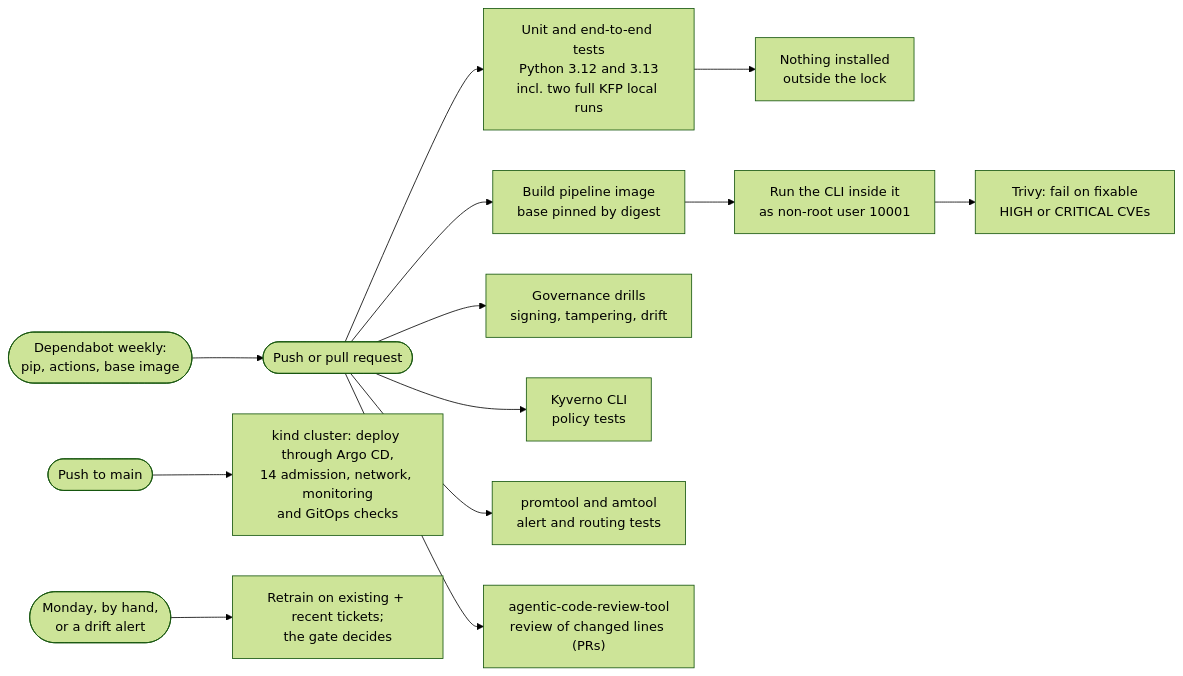
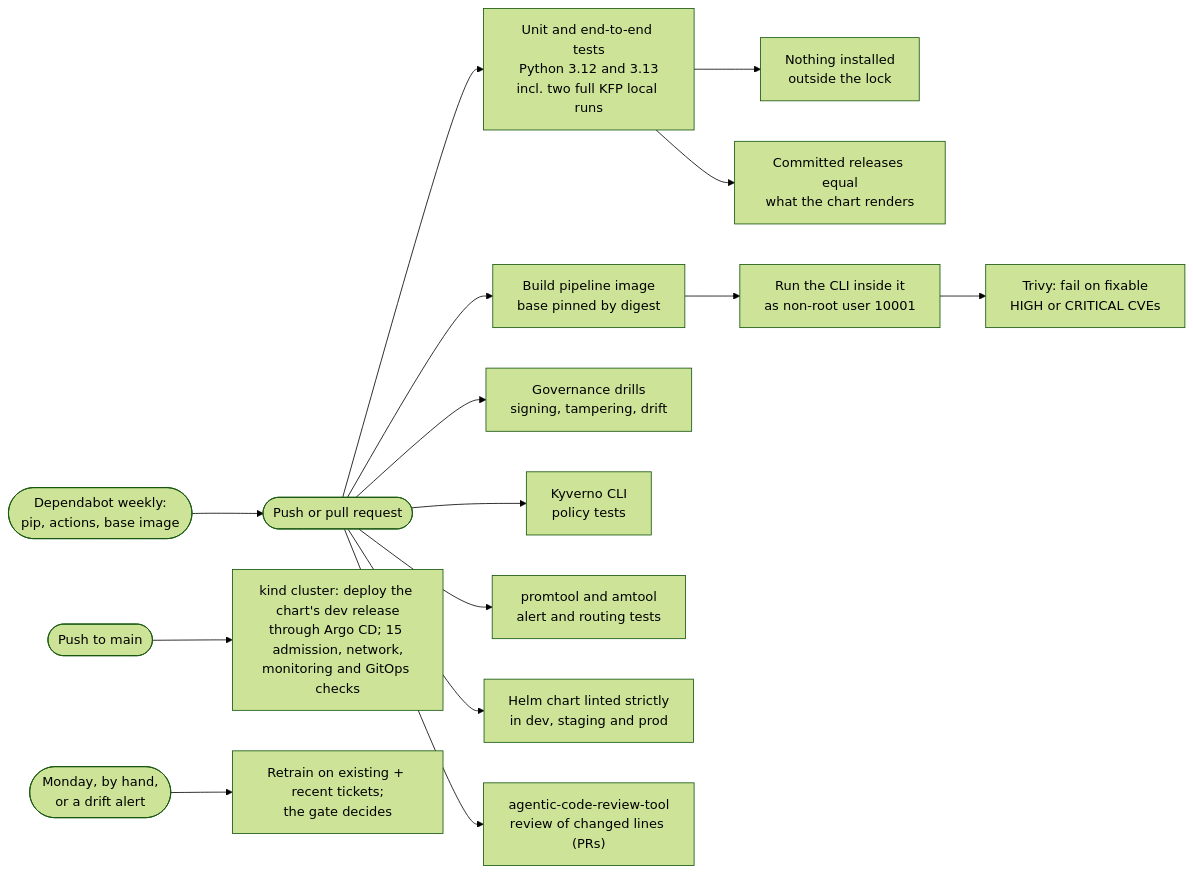
One commit to sunilmehta-si/kubernetes-secure-mlops-pipeline changed the sixth of 6 diagrams in docs/architecture.md. Above: the diagram before and after it, drawn with Mermaid (forest theme).

Commit message:
Add the chart lint and the release re-render check to the CI picture in the architecture guide

````diff
--- a/docs/architecture.md
+++ b/docs/architecture.md
@@ -178,15 +178,17 @@
 ```mermaid
 flowchart LR
     PR(["Push or pull request"]) --> T["Unit and end-to-end tests<br/>Python 3.12 and 3.13<br/>incl. two full KFP local runs"]
     T --> L["Nothing installed<br/>outside the lock"]
     PR --> I["Build pipeline image<br/>base pinned by digest"]
     I --> U["Run the CLI inside it<br/>as non-root user 10001"]
     U --> V["Trivy: fail on fixable<br/>HIGH or CRITICAL CVEs"]
     PR --> D["Governance drills<br/>signing, tampering, drift"]
     PR --> P["Kyverno CLI<br/>policy tests"]
     PR --> A["promtool and amtool<br/>alert and routing tests"]
+    PR --> H["Helm chart linted strictly<br/>in dev, staging and prod"]
+    T --> RR["Committed releases equal<br/>what the chart renders"]
     PR --> C["agentic-code-review-tool<br/>review of changed lines (PRs)"]
-    M(["Push to main"]) --> K["kind cluster: deploy through Argo CD,<br/>14 admission, network, monitoring<br/>and GitOps checks"]
+    M(["Push to main"]) --> K["kind cluster: deploy the chart's dev release<br/>through Argo CD; 15 admission, network,<br/>monitoring and GitOps checks"]
     S(["Monday, by hand,<br/>or a drift alert"]) --> R["Retrain on existing + recent tickets;<br/>the gate decides"]
     DB(["Dependabot weekly:<br/>pip, actions, base image"]) --> PR
 ```
````
